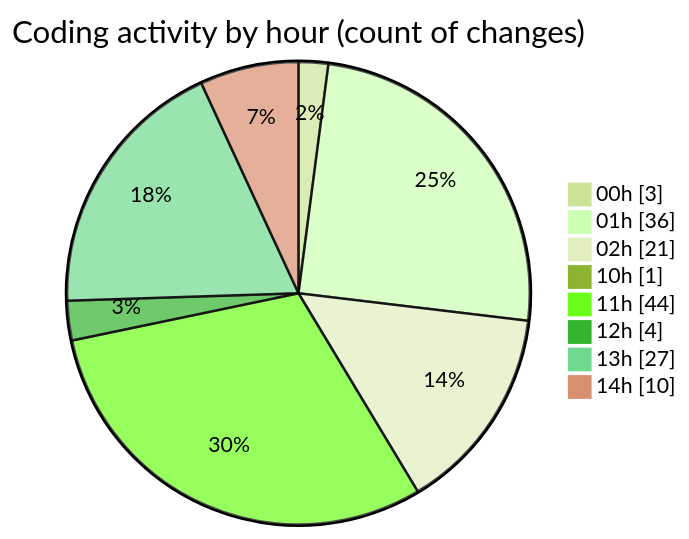
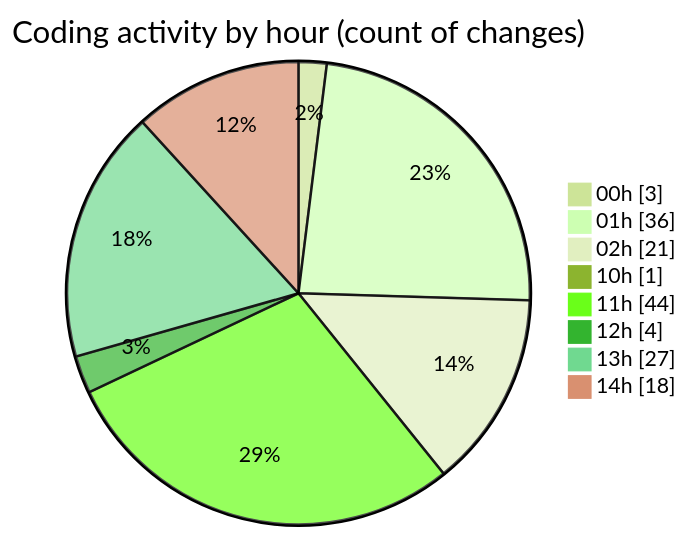
Before and after one commit to lephambinh05/code-tracking: the second of 2 diagrams in 2025-09-05/hiai-phf/README.md, drawn with Mermaid (forest theme). The commit also changed other lines of this file and 1 other file, not shown here.

````diff
--- a/2025-09-05/hiai-phf/README.md
+++ b/2025-09-05/hiai-phf/README.md
@@ -82,12 +83,12 @@
 ```mermaid
 pie showData
 title Coding activity by hour (count of changes)
 "00h" : 3
 "01h" : 36
 "02h" : 21
 "10h" : 1
 "11h" : 44
 "12h" : 4
 "13h" : 27
-"14h" : 10
+"14h" : 18
 ```
````
